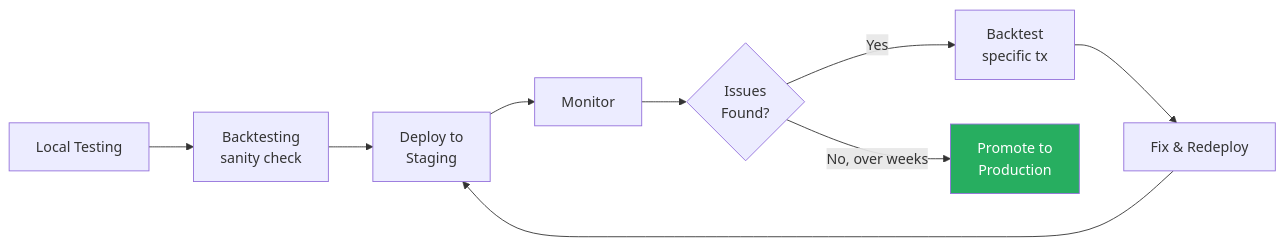
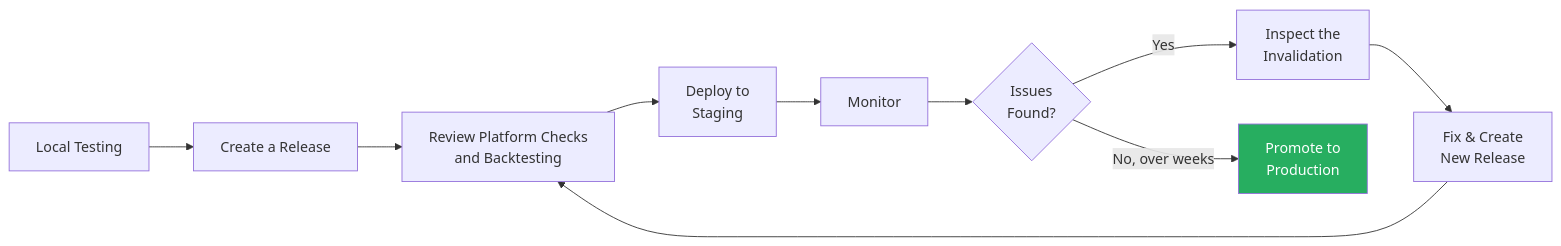
The diagram in credible/testing-strategy.mdx (phylaxsystems/phylax-docs), drawn with Mermaid before and after one commit. The commit also changed other lines of this file and 17 other files, not shown here.

Commit message:
docs: remove local backtesting guidance

````diff
--- a/credible/testing-strategy.mdx
+++ b/credible/testing-strategy.mdx
@@ -97,13 +77,14 @@
 ```mermaid
 flowchart LR
-    LOCAL[Local Testing] --> BACKTEST[Backtesting<br/>sanity check]
-    BACKTEST --> STAGING[Deploy to<br/>Staging]
+    LOCAL[Local Testing] --> APPLY[Create a Release]
+    APPLY --> REVIEW[Review Platform Checks<br/>and Backtesting]
+    REVIEW --> STAGING[Deploy to<br/>Staging]
     STAGING --> MONITOR[Monitor]
     MONITOR --> ISSUE{Issues<br/>Found?}
-    ISSUE --> |Yes| DEBUG[Backtest<br/>specific tx]
-    DEBUG --> FIX[Fix & Redeploy]
-    FIX --> STAGING
+    ISSUE --> |Yes| DEBUG[Inspect the<br/>Invalidation]
+    DEBUG --> FIX[Fix & Create<br/>New Release]
+    FIX --> REVIEW
     ISSUE --> |No, over weeks| PROD[Promote to<br/>Production]
 
     style PROD fill:#27ae60,color:#fff
 ```
````
